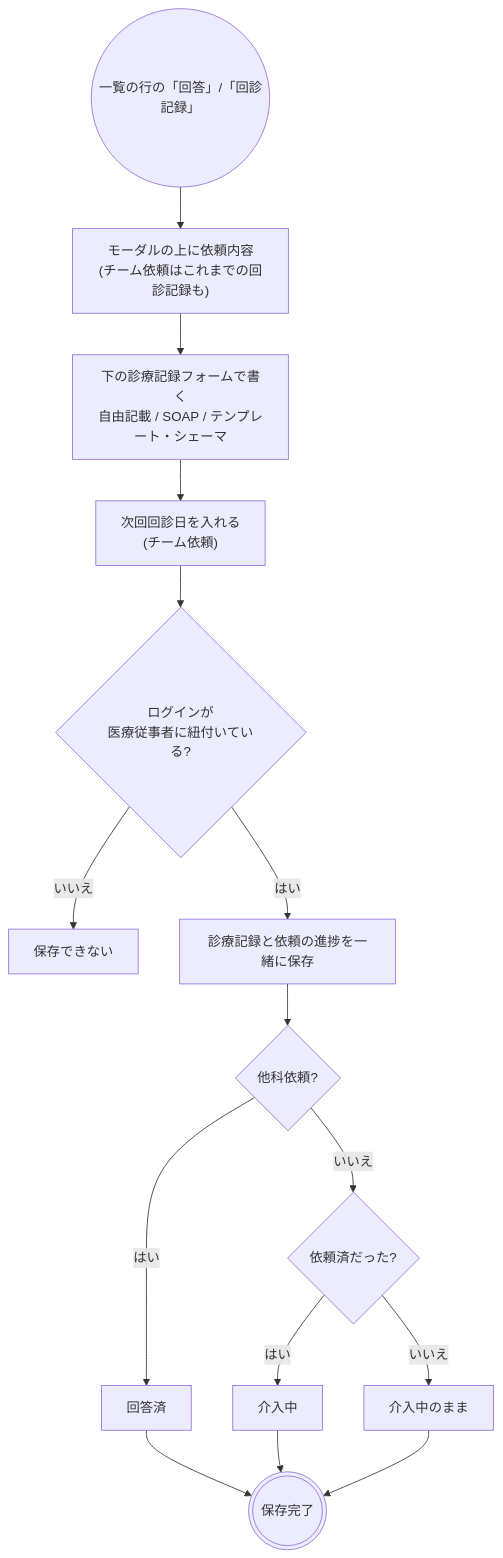
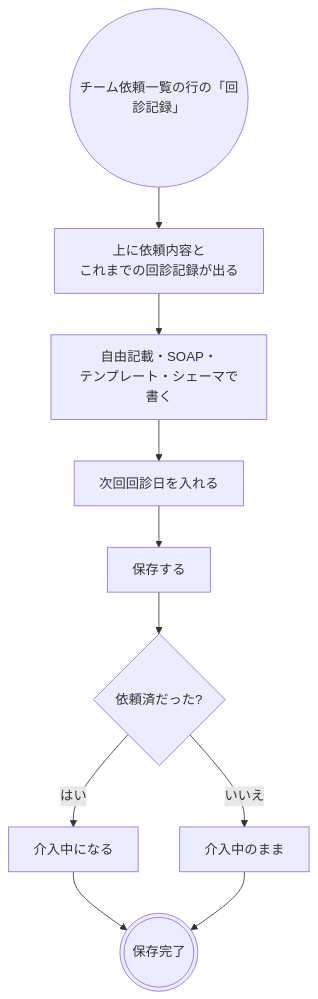
One commit to ysnr-dev/fhir-client-docs changed the sixth of 6 diagrams in docs/flows/consult-team.md. Above: the diagram before and after it, drawn with Mermaid. The commit also changed other lines of this file and 43 other files, not shown here.

Commit message:
docs: 業務フローとシーケンス図を写し直し

````diff
--- a/docs/flows/consult-team.md
+++ b/docs/flows/consult-team.md
@@ -196,24 +230,16 @@
 ```mermaid
 flowchart TD
-  open(("一覧の行の「回答」/「回診記録」"))
-  head["モーダルの上に依頼内容<br/>(チーム依頼はこれまでの回診記録も)"]
-  note["下の診療記録フォームで書く<br/>自由記載 / SOAP / テンプレート・シェーマ"]
-  next["次回回診日を入れる<br/>(チーム依頼)"]
-  who{"ログインが<br/>医療従事者に紐付いている?"}
-  stop["保存できない"]
-  save["診療記録と依頼の進捗を一緒に保存"]
-  consult{"他科依頼?"}
-  replied["回答済"]
-  round{"依頼済だった?"}
-  active["介入中"]
+  open(("チーム依頼一覧の行の「回診記録」"))
+  head["上に依頼内容と<br/>これまでの回診記録が出る"]
+  note["自由記載・SOAP・<br/>テンプレート・シェーマで書く"]
+  next["次回回診日を入れる"]
+  save["保存する"]
+  was{"依頼済だった?"}
+  active["介入中になる"]
   keep["介入中のまま"]
   done((("保存完了")))
 
-  open --> head --> note --> next --> who
-  who -- "いいえ" --> stop
-  who -- "はい" --> save --> consult
-  consult -- "はい" --> replied --> done
-  consult -- "いいえ" --> round
-  round -- "はい" --> active --> done
-  round -- "いいえ" --> keep --> done
+  open --> head --> note --> next --> save --> was
+  was -- "はい" --> active --> done
+  was -- "いいえ" --> keep --> done
 ```
````
